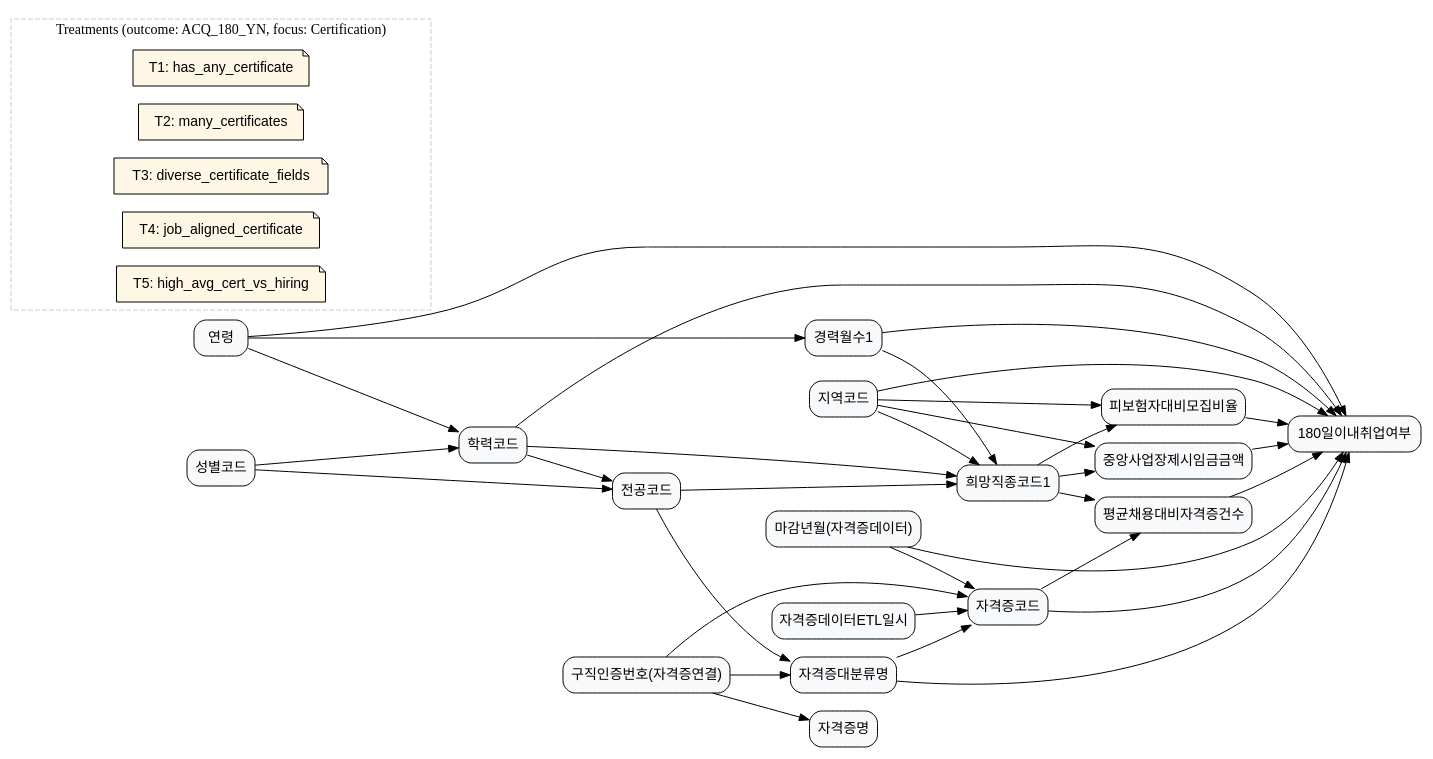
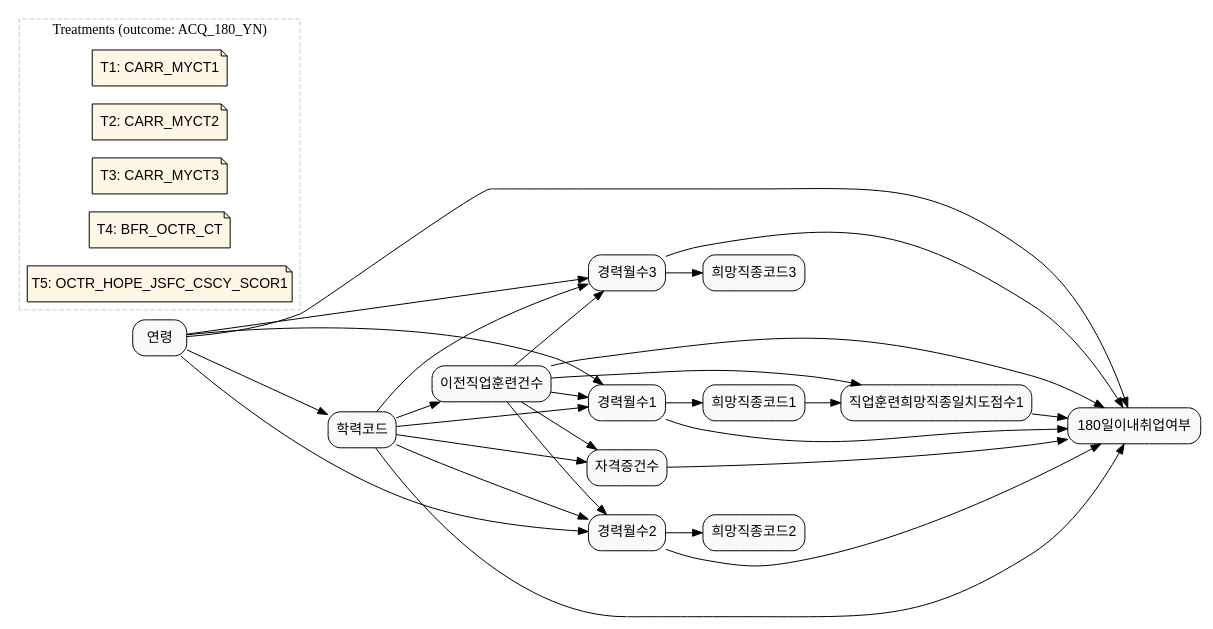
The diagram in laborlab/data/graph_data/graph_5.dot (KU-LIM-Lab/dowhy-deep), drawn with Graphviz before and after one commit. The commit also changed 19 other files, not shown here.

Commit message:
graph updated and added

```diff
--- a/laborlab/data/graph_data/graph_5.dot
+++ b/laborlab/data/graph_data/graph_5.dot
@@ -1,143 +1,105 @@
 digraph {
     rankdir=LR;
     node [shape=box, style="rounded,filled", fillcolor="#F8F9FB", fontname="Helvetica"];
 
-    // ==== 노드 라벨 정의 (Outcome + 기본 배경) ====
-    ACQ_180_YN                  [label="180일이내취업여부"];
-    AGE                         [label="연령"];
-    SXDS_CD                     [label="성별코드"];
-    ACCR_CD                     [label="학력코드"];
-    MAJR_CD1                    [label="전공코드"];
-    CARR_MYCT1                  [label="경력월수1"];
-    AREA_CD                     [label="지역코드"];
+    ACQ_180_YN                [label="180일이내취업여부"];
+    CARR_MYCT1                [label="경력월수1"];
+    CARR_MYCT2                [label="경력월수2"];
+    CARR_MYCT3                [label="경력월수3"];
+    BFR_OCTR_CT               [label="이전직업훈련건수"];
+    OCTR_HOPE_JSFC_CSCY_SCOR1 [label="직업훈련희망직종일치도점수1"];
+    CRQF_CT                   [label="자격증건수"];
 
-    // ==== 직종/노동시장/임금 관련 structured 변수 ====
-    HOPE_JSCD1                  [label="희망직종코드1"];
-    IPS_VS_RCIT_RATE            [label="피보험자대비모집비율"];
-    NTR_BPLC_PSNT_WAGE_AMT      [label="중앙사업장제시임금금액"];
-    AVG_EMPN_VS_CRQF_CT         [label="평균채용대비자격증건수"];
+    AGE                       [label="연령"];
+    ACCR_CD                   [label="학력코드"];
+    HOPE_JSCD1                [label="희망직종코드1"];
+    HOPE_JSCD2                [label="희망직종코드2"];
+    HOPE_JSCD3                [label="희망직종코드3"];
 
-    // ==== certification 테이블 변수 ====
-    CLOS_YM                     [label="마감년월(자격증데이터)"];
-    JHNT_CTN                    [label="구직인증번호(자격증연결)"];
-    CRTF_CD                     [label="자격증코드"];
-    CRTF_NM                     [label="자격증명"];
-    CRTF_LCLS_NM                [label="자격증대분류명"];
-    ETL_DT                      [label="자격증데이터ETL일시"];
+    // 인과관계
+    AGE     -> ACCR_CD;
+    AGE     -> CARR_MYCT1;
+    AGE     -> CARR_MYCT2;
+    AGE     -> CARR_MYCT3;
 
-    // ============================================================
-    // ==== Treatment definitions (메타데이터용 노드) ==============
-    // role="treatment_meta"로 태깅한 노드에 treatment 정보를 저장한다.
-    // 파이프라인에서 pygraphviz로 읽어 DoWhy/TabPFN에 넘길 때 사용.
+    ACCR_CD -> CARR_MYCT1;
+    ACCR_CD -> CARR_MYCT2;
+    ACCR_CD -> CARR_MYCT3;
+    ACCR_CD -> BFR_OCTR_CT;
+    ACCR_CD -> CRQF_CT;
 
+    BFR_OCTR_CT -> CARR_MYCT1;
+    BFR_OCTR_CT -> CARR_MYCT2;
+    BFR_OCTR_CT -> CARR_MYCT3;
+    BFR_OCTR_CT -> CRQF_CT;
+    BFR_OCTR_CT -> OCTR_HOPE_JSFC_CSCY_SCOR1;
+
+    CARR_MYCT1 -> HOPE_JSCD1;
+    CARR_MYCT2 -> HOPE_JSCD2;
+    CARR_MYCT3 -> HOPE_JSCD3;
+
+    HOPE_JSCD1 -> OCTR_HOPE_JSFC_CSCY_SCOR1;
+
+    // 취업
+    CARR_MYCT1                -> ACQ_180_YN;
+    CARR_MYCT2                -> ACQ_180_YN;
+    CARR_MYCT3                -> ACQ_180_YN;
+    BFR_OCTR_CT               -> ACQ_180_YN;
+    CRQF_CT                   -> ACQ_180_YN;
+    OCTR_HOPE_JSFC_CSCY_SCOR1 -> ACQ_180_YN;
+    ACCR_CD                   -> ACQ_180_YN;
+    AGE                       -> ACQ_180_YN;
+
+    // Treatments
     subgraph cluster_treatments {
-        label="Treatments (outcome: ACQ_180_YN, focus: Certification)";
+        label="Treatments (outcome: ACQ_180_YN)";
         style=dashed;
         color="#CCCCCC";
         node [shape=note, style="rounded,filled", fillcolor="#FFF7E6", fontname="Helvetica"];
 
-        // T1: 자격증 보유 여부 (at least one certificate)
         T1 [
-            label="T1: has_any_certificate",
+            label="T1: CARR_MYCT1",
             role="treatment_meta",
-            treatment_var="CRTF_CD",
-            treatment_name="has_any_certificate",
-            treatment_def="개인별 고유 CRTF_CD 개수 >= 1 이면 1, 0개이면 0",
-            treatment_question="자격증을 한 개라도 보유한 구직자는 자격증이 전혀 없는 구직자보다 6개월 이내 취업 확률이 얼마나 높은가?"
+            treatment_var="CARR_MYCT1",
+            treatment_name="CARR_MYCT1",
+            treatment_def="희망직종1 경력월수 수준 차이의 효과",
+            treatment_question="희망직종1 경력이 긴 사람과 짧은 사람의 6개월 내 취업 확률 차이?"
         ];
 
-        // T2: 자격증 개수가 많은 구직자 (certificate intensity)
         T2 [
-            label="T2: many_certificates",
+            label="T2: CARR_MYCT2",
             role="treatment_meta",
-            treatment_var="CRTF_CD",
-            treatment_name="many_certificates",
-            treatment_def="개인별 고유 CRTF_CD 개수가 분포 상위 분위(예: 상위 30%)에 해당하면 1, 그 외 0",
-            treatment_question="자격증을 여러 개 보유한 구직자는 한두 개만 갖거나 자격증이 없는 구직자보다 6개월 이내 취업 확률이 얼마나 높은가?"
+            treatment_var="CARR_MYCT2",
+            treatment_name="CARR_MYCT2",
+            treatment_def="희망직종2 경력월수 수준 차이의 효과",
+            treatment_question="희망직종2 경력이 긴 사람과 짧은 사람의 6개월 내 취업 확률 차이?"
         ];
 
-        // T3: 다양한 분야의 자격증을 가진 구직자 (field diversity)
         T3 [
-            label="T3: diverse_certificate_fields",
+            label="T3: CARR_MYCT3",
             role="treatment_meta",
-            treatment_var="CRTF_LCLS_NM",
-            treatment_name="diverse_certificate_fields",
-            treatment_def="개인별 고유 CRTF_LCLS_NM(자격증 대분류명) 종류 수가 분포 상위 분위(예: 상위 30%)면 1, 그 외 0",
-            treatment_question="서로 다른 분야의 자격증을 다양하게 보유한 구직자는 한두 분야에만 집중되어 있거나 자격증이 없는 구직자보다 6개월 이내 취업 확률이 얼마나 높은가?"
+            treatment_var="CARR_MYCT3",
+            treatment_name="CARR_MYCT3",
+            treatment_def="희망직종3 경력월수 수준 차이의 효과",
+            treatment_question="희망직종3 경력이 긴 사람과 짧은 사람의 6개월 내 취업 확률 차이?"
         ];
 
-        // T4: 희망직종과 일치하는 분야 자격증 보유 여부 (job-aligned certificate)
         T4 [
-            label="T4: job_aligned_certificate",
+            label="T4: BFR_OCTR_CT",
             role="treatment_meta",
-            treatment_var="CRTF_LCLS_NM",
-            treatment_name="job_aligned_certificate",
-            treatment_def="희망직종코드1(HOPE_JSCD1)에 대응되는 산업/직종군과 동일하거나 밀접하게 관련된 CRTF_LCLS_NM의 자격증을 하나 이상 보유하면 1, 그 외 0 (매핑 룰은 별도 정의)",
-            treatment_question="희망 직종과 같은 분야(또는 밀접 분야)의 자격증을 보유한 구직자는 그렇지 않은 구직자보다 6개월 이내 취업 확률이 얼마나 높은가?"
+            treatment_var="BFR_OCTR_CT",
+            treatment_name="BFR_OCTR_CT",
+            treatment_def="이전직업훈련건수 수준 차이의 효과",
+            treatment_question="이전 직업훈련을 많이 받은 사람과 적게 받은 사람의 6개월 내 취업 확률 차이?"
         ];
 
-        // T5: 평균채용대비자격증건수가 높은 구직자 (high relative certification level)
         T5 [
-            label="T5: high_avg_cert_vs_hiring",
+            label="T5: OCTR_HOPE_JSFC_CSCY_SCOR1",
             role="treatment_meta",
-            treatment_var="AVG_EMPN_VS_CRQF_CT",
-            treatment_name="high_avg_cert_vs_hiring",
-            treatment_def="AVG_EMPN_VS_CRQF_CT가 분포 상위 분위(예: 상위 30%)이면 1, 그 외 0",
-            treatment_question="동일 직종·지역에서 평균 대비 자격증 보유 수준이 높은 구직자는 그렇지 않은 구직자보다 6개월 이내 취업 확률이 얼마나 높은가?"
+            treatment_var="OCTR_HOPE_JSFC_CSCY_SCOR1",
+            treatment_name="OCTR_HOPE_JSFC_CSCY_SCOR1",
+            treatment_def="훈련-희망직종 일치도 점수 수준 차이의 효과",
+            treatment_question="훈련과 희망직종의 일치도가 높은 사람과 낮은 사람의 6개월 내 취업 확률 차이?"
         ];
     }
-
-    // ============================================================
-    // ==== Causal structure (DAG for Certification) ==============
-
-    // --- 인구학적/배경 변수 ---
-    SXDS_CD -> ACCR_CD;                    // 성별에 따라 학력 경로가 달라질 수 있음
-    SXDS_CD -> MAJR_CD1;                   // 성별에 따라 전공 선택이 다름
-
-    AGE -> ACCR_CD;                        // 나이가 많을수록 높은 학력일 가능성
-    AGE -> CARR_MYCT1;                     // 나이가 많을수록 경력월수 증가
-    AGE -> ACQ_180_YN;                     // 연령에 따른 취업확률 차이
-
-    AREA_CD -> HOPE_JSCD1;                 // 지역에 따라 선택 가능한/선호되는 직종이 다를 수 있음
-    AREA_CD -> IPS_VS_RCIT_RATE;           // 지역별 모집비율 차이
-    AREA_CD -> NTR_BPLC_PSNT_WAGE_AMT;     // 지역별 제시임금 수준 차이
-    AREA_CD -> ACQ_180_YN;                 // 지역 노동시장 여건 차이
-
-    // --- 학력/전공/경력 -> 직종/자격증 선택 ---
-    ACCR_CD -> MAJR_CD1;                   // 학력이 전공 선택과 연계
-    ACCR_CD -> HOPE_JSCD1;                 // 학력에 따라 진입 가능한 직종이 달라짐
-    ACCR_CD -> ACQ_180_YN;                 // 학력이 직접 취업확률에 영향
-
-    MAJR_CD1 -> HOPE_JSCD1;                // 전공과 관련된 직종을 희망하는 경향
-    MAJR_CD1 -> CRTF_LCLS_NM;              // 전공 분야와 관련된 자격증 대분류 선택
-
-    CARR_MYCT1 -> HOPE_JSCD1;              // 경력 분야를 계속 희망할 가능성
-    CARR_MYCT1 -> ACQ_180_YN;              // 경력 자체가 취업 가능성에 직접 영향
-
-    // --- 직종/노동시장/임금 구조 ---
-    HOPE_JSCD1 -> AVG_EMPN_VS_CRQF_CT;     // 직종에 따라 요구/평균 자격증 개수가 다름
-    HOPE_JSCD1 -> IPS_VS_RCIT_RATE;        // 직종×지역별 모집비율
-    HOPE_JSCD1 -> NTR_BPLC_PSNT_WAGE_AMT;  // 직종×지역별 제시임금 수준
-
-    IPS_VS_RCIT_RATE -> ACQ_180_YN;        // 모집비율이 높을수록 취업 가능성이 증가
-    NTR_BPLC_PSNT_WAGE_AMT -> ACQ_180_YN;  // 제시임금 수준이 매칭 성사에 영향
-
-    // --- 자격증 데이터 구조 및 취득/관측 ---
-    // certification 테이블은 JHNT_CTN을 통해 구직인증과 연결
-    JHNT_CTN -> CRTF_CD;                   // 해당 구직인증 시점에 보유한 자격증 코드
-    JHNT_CTN -> CRTF_NM;                   // 자격증명
-    JHNT_CTN -> CRTF_LCLS_NM;              // 자격증 대분류명
-
-    CRTF_LCLS_NM -> CRTF_CD;               // 어떤 분야(대분류)의 자격증인지가 세부 자격증 코드를 결정
-    CRTF_CD -> AVG_EMPN_VS_CRQF_CT;        // 개인 보유 자격증이 직종별 '평균채용대비자격증건수'에 반영됨
-
-    // 자격증 보유가 취업에 미치는 직접적인 구조
-    CRTF_CD -> ACQ_180_YN;                 // 특정 자격증 보유 자체가 취업 가능성에 직접 영향
-    CRTF_LCLS_NM -> ACQ_180_YN;            // 어떤 분야의 자격증인지(예: 전문기술 vs 일반)도 취업에 차이를 줄 수 있음
-    AVG_EMPN_VS_CRQF_CT -> ACQ_180_YN;     // 평균 대비 자격증 건수가 많을수록 취업 가능성 증가
-
-    // --- 데이터 마감/관측 구조 ---
-    CLOS_YM -> ACQ_180_YN;                 // 관측 기간(마감년월)에 따라 180일 내 취업 여부의 관측 가능 여부가 달라질 수 있음
-    CLOS_YM -> CRTF_CD;                    // 마감 시점까지 취득한 자격증만 관측
-    ETL_DT -> CRTF_CD;                     // ETL 시점에 따라 어떤 자격증 정보가 데이터에 반영되었는지 달라질 수 있음
 }
```
